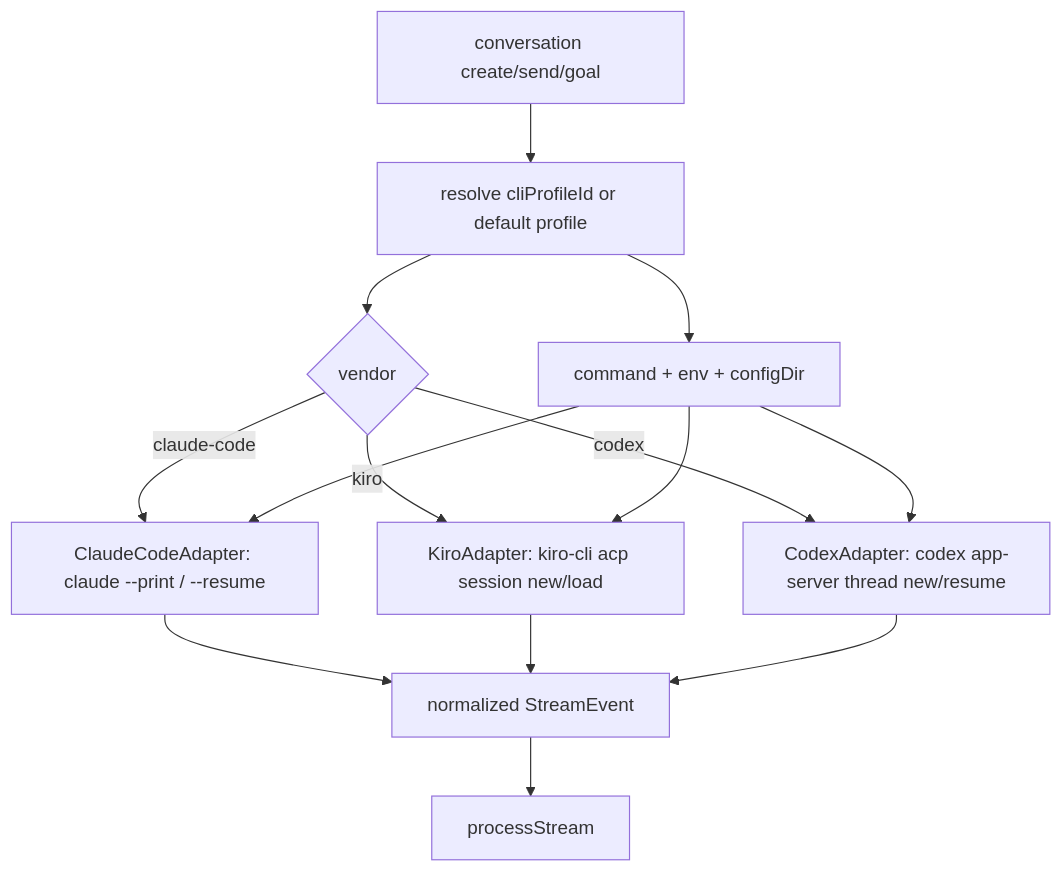
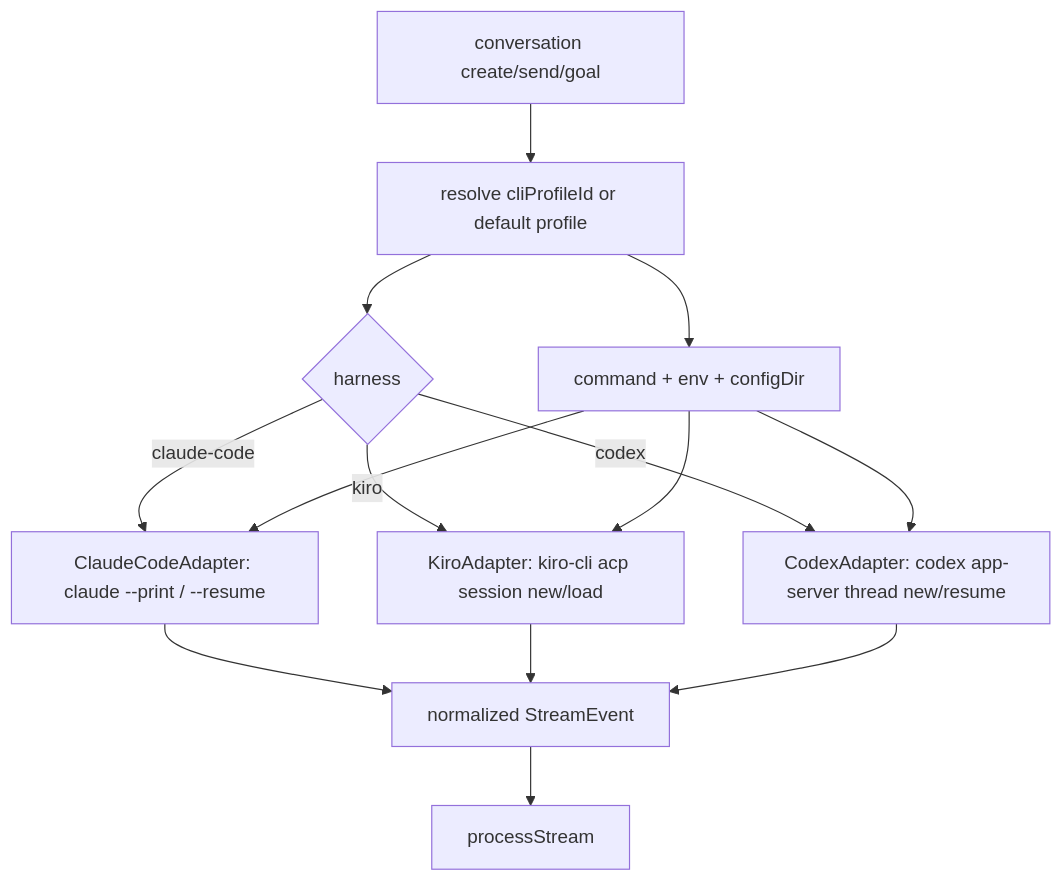
One commit to daronyondem/agent-cockpit changed the fourth of 9 diagrams in docs/spec-coverage.md. Above: the diagram before and after it, drawn with Mermaid. The commit also changed other lines of this file and 76 other files, not shown here.

Commit message:
Use harness for CLI profile runtime identity

````diff
--- a/docs/spec-coverage.md
+++ b/docs/spec-coverage.md
@@ -151,16 +151,16 @@
 ```mermaid
 flowchart TD
   Request["conversation create/send/goal"] --> ResolveProfile["resolve cliProfileId or default profile"]
-  ResolveProfile --> Vendor{"vendor"}
-  Vendor -->|claude-code| ClaudeAdapter["ClaudeCodeAdapter: claude --print / --resume"]
-  Vendor -->|kiro| KiroAdapter["KiroAdapter: kiro-cli acp session new/load"]
-  Vendor -->|codex| CodexAdapter["CodexAdapter: codex app-server thread new/resume"]
+  ResolveProfile --> Harness{"harness"}
+  Harness -->|claude-code| ClaudeAdapter["ClaudeCodeAdapter: claude --print / --resume"]
+  Harness -->|kiro| KiroAdapter["KiroAdapter: kiro-cli acp session new/load"]
+  Harness -->|codex| CodexAdapter["CodexAdapter: codex app-server thread new/resume"]
   ResolveProfile --> Runtime["command + env + configDir"]
   Runtime --> ClaudeAdapter
   Runtime --> KiroAdapter
   Runtime --> CodexAdapter
   ClaudeAdapter --> Events["normalized StreamEvent"]
   KiroAdapter --> Events
   CodexAdapter --> Events
   Events --> Router["processStream"]
 ```
````
